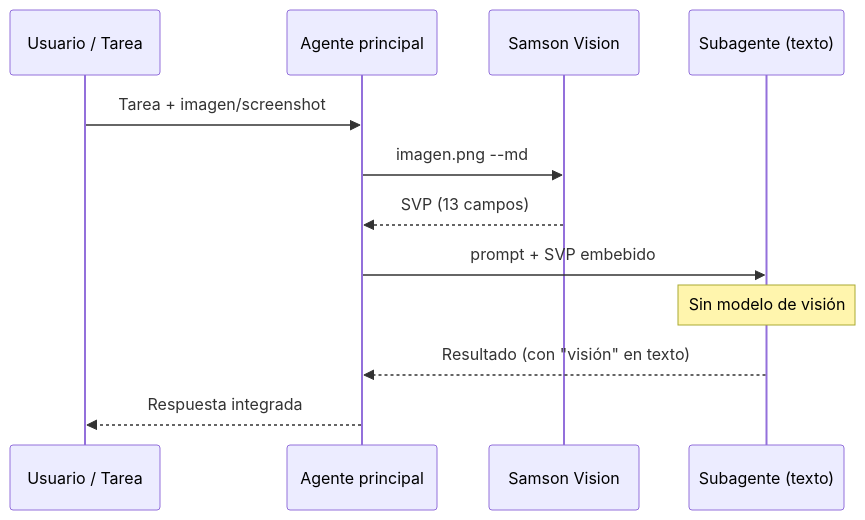
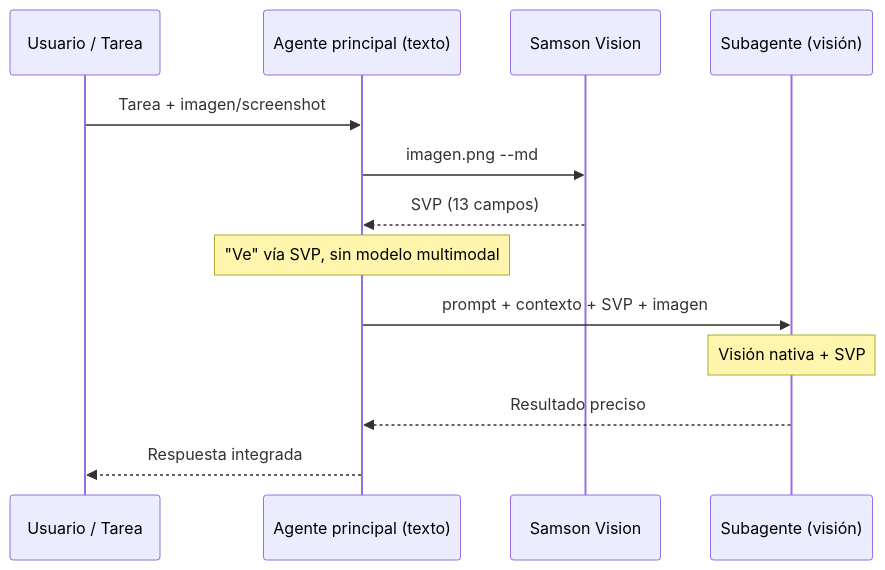
Before and after one commit to TonyRiera/samson-vision: the diagram in README.md, drawn with Mermaid. The commit also changed other lines of this file and 6 other files, not shown here.

First line of the commit message:
docs: tagline Filipenses 4:13, metáfora SVP sin ídolos, benchmark per-token

````diff
--- a/README.md
+++ b/README.md
@@ -56,15 +62,16 @@
 ```mermaid
 sequenceDiagram
     participant U as Usuario / Tarea
-    participant M as Agente principal
+    participant M as Agente principal (texto)
     participant SV as Samson Vision
-    participant S as Subagente (texto)
+    participant S as Subagente (visión)
 
     U->>M: Tarea + imagen/screenshot
     M->>SV: imagen.png --md
     SV-->>M: SVP (13 campos)
-    M->>S: prompt + SVP embebido
-    Note over S: Sin modelo de visión
-    S-->>M: Resultado (con "visión" en texto)
+    Note over M: "Ve" vía SVP, sin modelo multimodal
+    M->>S: prompt + contexto + SVP + imagen
+    Note over S: Visión nativa + SVP
+    S-->>M: Resultado preciso
     M-->>U: Respuesta integrada
 ```
````
